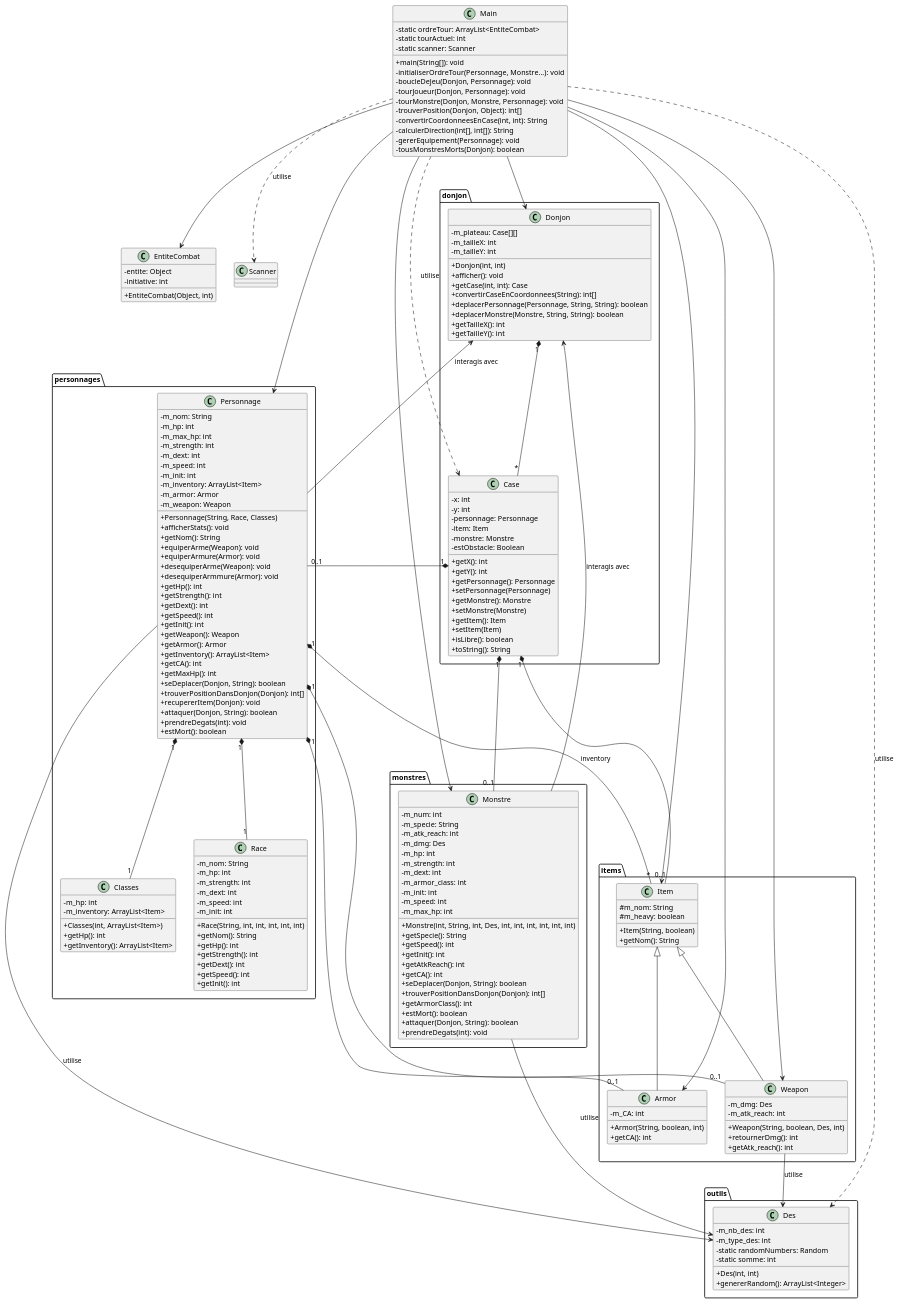
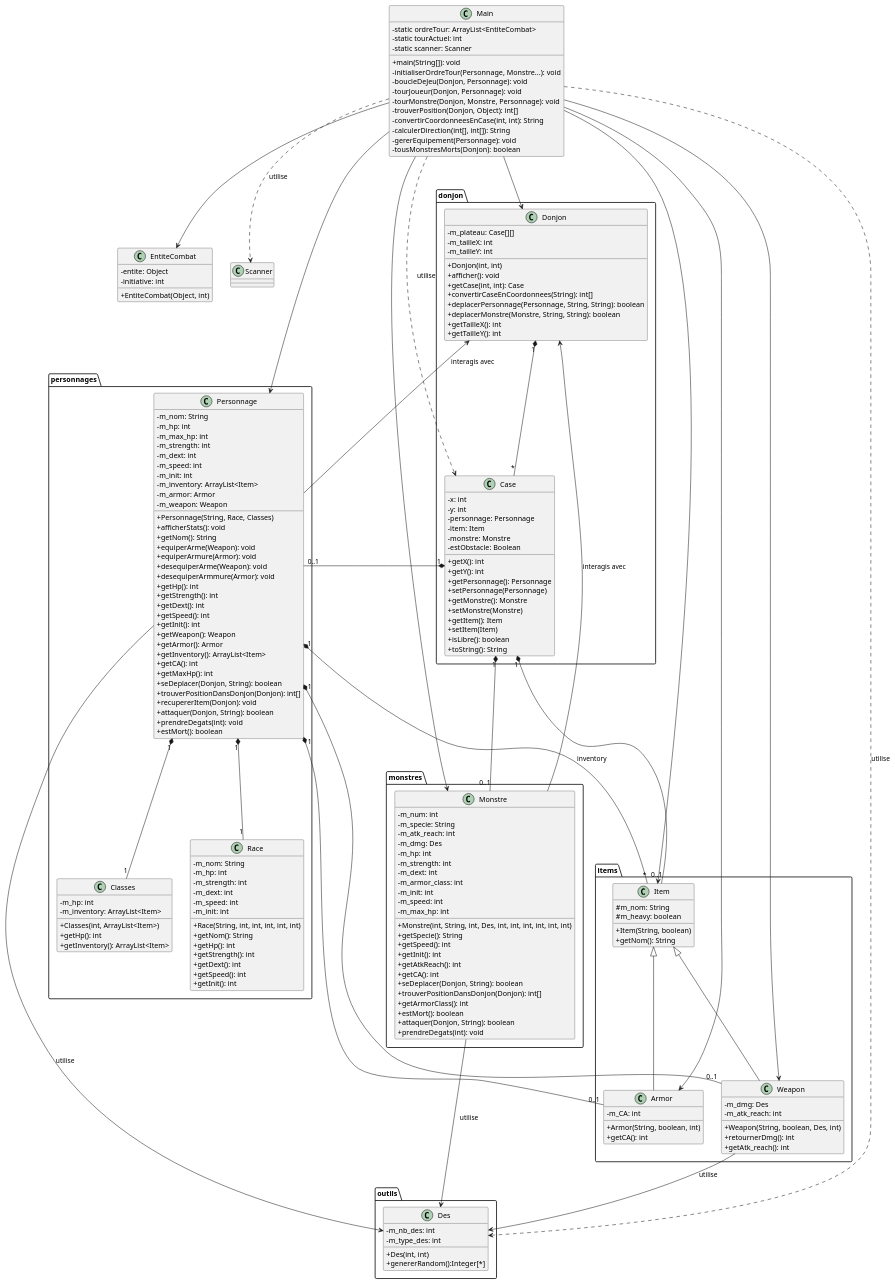
The diagram in uml/semaine2.puml (noahdumangin/DOOjons-Et-Dragons), drawn with PlantUML before and after one commit. The commit also changed 31 other files, not shown here.

```diff
--- a/uml/semaine2.puml
+++ b/uml/semaine2.puml
@@ -92,10 +92,8 @@
     class Des {
         - m_nb_des: int
         - m_type_des: int
-        - static randomNumbers: Random
-        - static somme: int
         + Des(int, int)
-        + genererRandom(): ArrayList<Integer>
+        + genererRandom():Integer[*]
     }
 }
 
```
